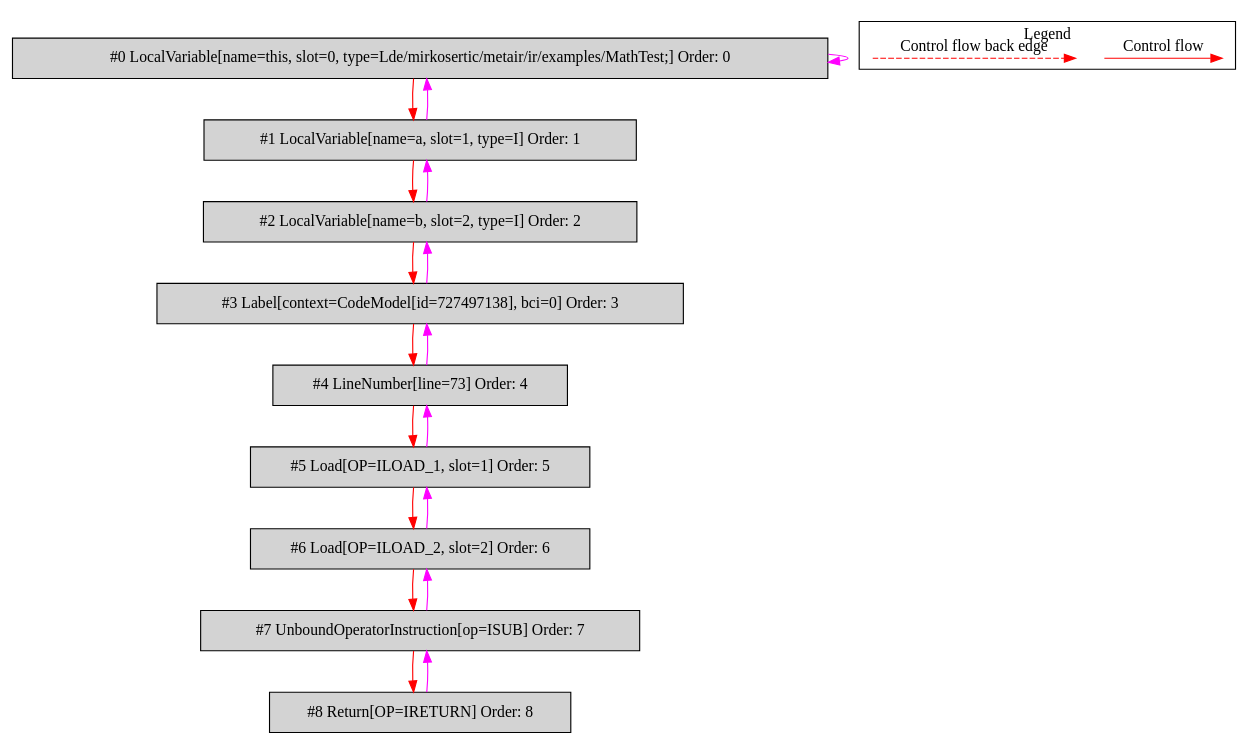
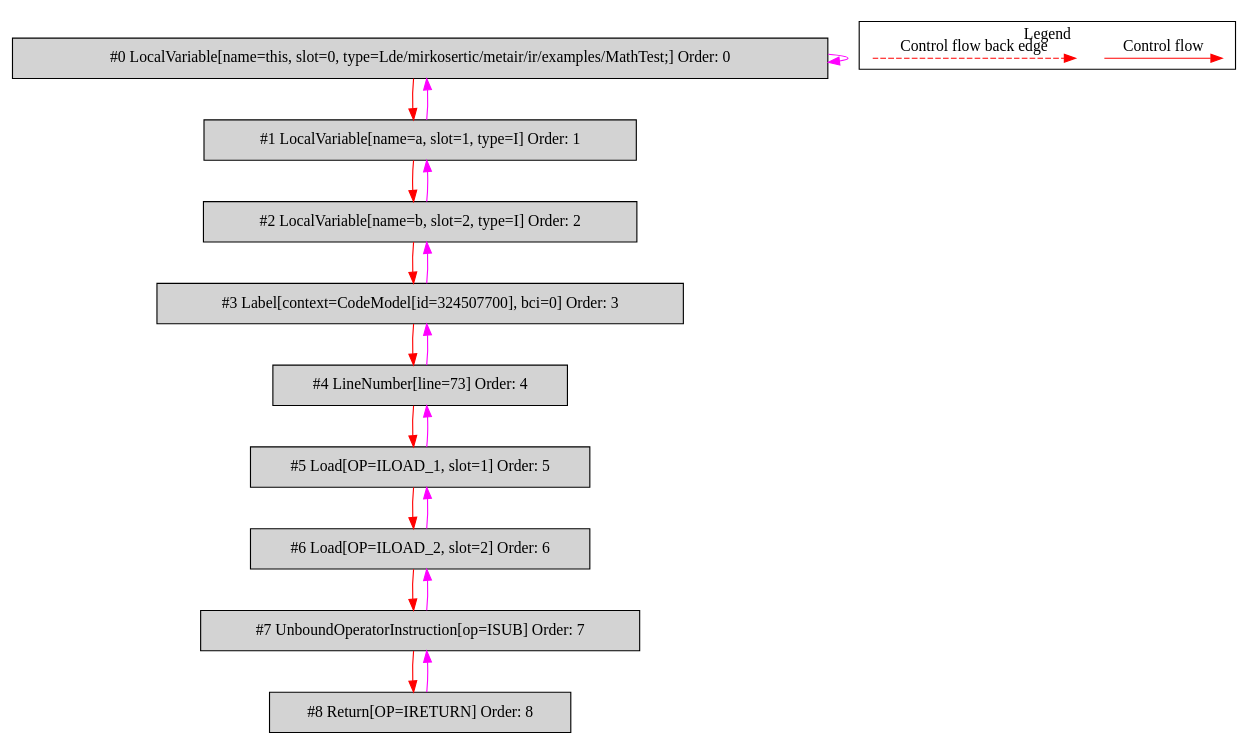
Before and after one commit to mirkosertic/MetaIR: the diagram in de.mirkosertic.metair.ir.examples.MathTest/isub/bytecodecfg.dot, drawn with Graphviz. The commit also changed 1138 other files, not shown here.

```diff
--- a/de.mirkosertic.metair.ir.examples.MathTest/isub/bytecodecfg.dot
+++ b/de.mirkosertic.metair.ir.examples.MathTest/isub/bytecodecfg.dot
@@ -1,43 +1,43 @@
 digraph {
  ordering="in";
  node0[label="#0 LocalVariable[name=this, slot=0, type=Lde/mirkosertic/metair/ir/examples/MathTest;] Order: 0", shape=box, fillcolor=lightgrey, style=filled];
  node1[label="#1 LocalVariable[name=a, slot=1, type=I] Order: 1", shape=box, fillcolor=lightgrey, style=filled];
  node2[label="#2 LocalVariable[name=b, slot=2, type=I] Order: 2", shape=box, fillcolor=lightgrey, style=filled];
- node3[label="#3 Label[context=CodeModel[id=727497138], bci=0] Order: 3", shape=box, fillcolor=lightgrey, style=filled];
+ node3[label="#3 Label[context=CodeModel[id=324507700], bci=0] Order: 3", shape=box, fillcolor=lightgrey, style=filled];
  node4[label="#4 LineNumber[line=73] Order: 4", shape=box, fillcolor=lightgrey, style=filled];
  node5[label="#5 Load[OP=ILOAD_1, slot=1] Order: 5", shape=box, fillcolor=lightgrey, style=filled];
  node6[label="#6 Load[OP=ILOAD_2, slot=2] Order: 6", shape=box, fillcolor=lightgrey, style=filled];
  node7[label="#7 UnboundOperatorInstruction[op=ISUB] Order: 7", shape=box, fillcolor=lightgrey, style=filled];
  node8[label="#8 Return[OP=IRETURN] Order: 8", shape=box, fillcolor=lightgrey, style=filled];
  node0 -> node0[color=fuchsia];
  node0 -> node1[color=red];
  node1 -> node0[color=fuchsia];
  node1 -> node2[color=red];
  node2 -> node1[color=fuchsia];
  node2 -> node3[color=red];
  node3 -> node2[color=fuchsia];
  node3 -> node4[color=red];
  node4 -> node3[color=fuchsia];
  node4 -> node5[color=red];
  node5 -> node4[color=fuchsia];
  node5 -> node6[color=red];
  node6 -> node5[color=fuchsia];
  node6 -> node7[color=red];
  node7 -> node6[color=fuchsia];
  node7 -> node8[color=red];
  node8 -> node7[color=fuchsia];
  subgraph cluster_000 {
   label = "Legend";
   node [shape=point]
   {
    rank=same;
    c0 [style = invis];
    c1 [style = invis];
    c2 [style = invis];
    c3 [style = invis];
   }
   c0 -> c1 [label="Control flow", style=solid, color=red]
   c2 -> c3 [label="Control flow back edge", style=dashed, color=red]
  }
 
 }
```
